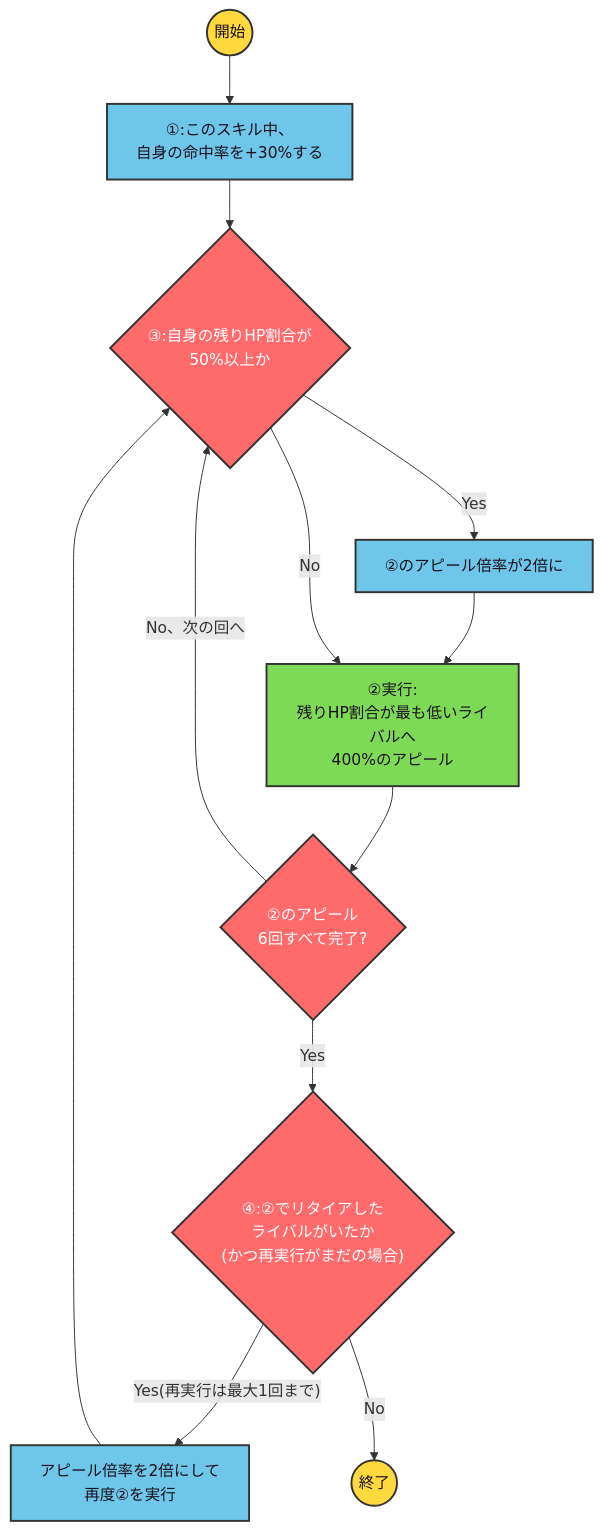
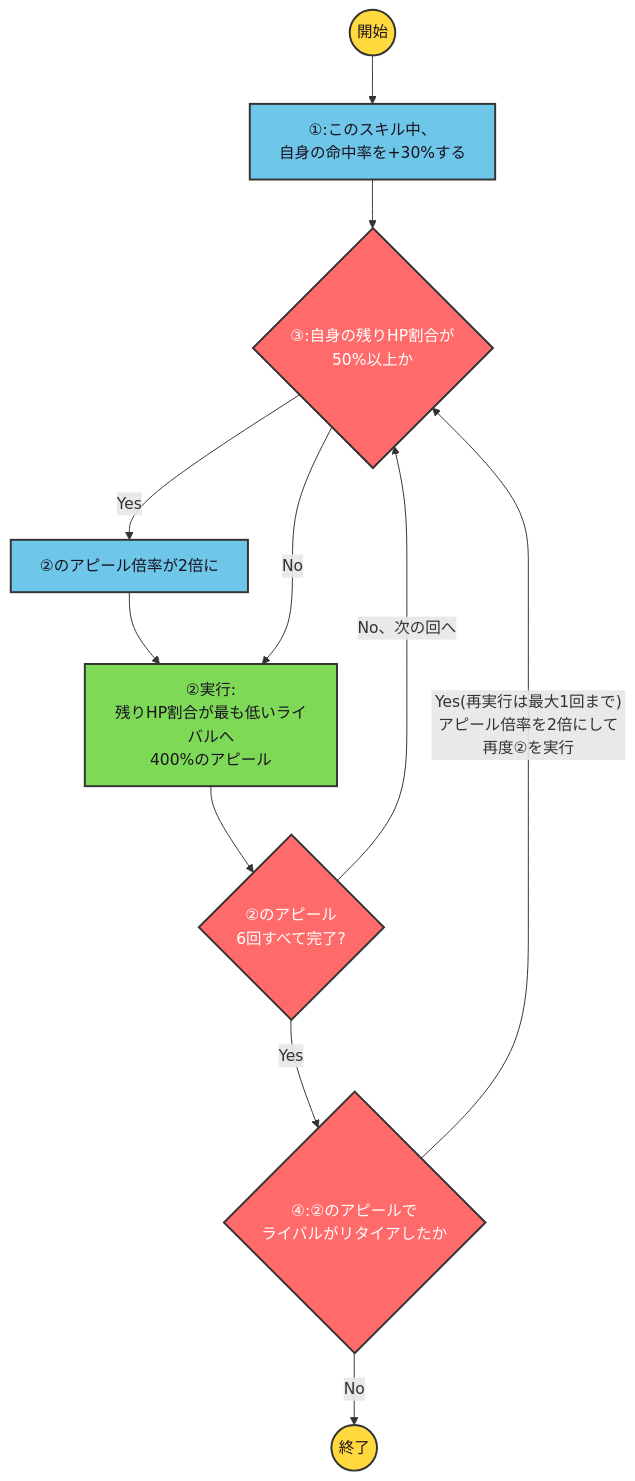
Before and after one commit to ryomochi0918/nogifra-characters: the diagram in data/ioki_mao/jaanegasetsunai_skill2.mmd, drawn with Mermaid. The commit also changed 20 other files, not shown here.

```diff
--- a/data/ioki_mao/jaanegasetsunai_skill2.mmd
+++ b/data/ioki_mao/jaanegasetsunai_skill2.mmd
@@ -1,15 +1,15 @@
 flowchart TD
     classDef startend fill:#FFD93D,stroke:#333,stroke-width:2px,color:#1a1220;
     classDef cond fill:#FF6B6B,stroke:#333,stroke-width:2px,color:#ffffff;
     classDef effect fill:#6EC6E8,stroke:#333,stroke-width:2px,color:#1a1220;
     classDef action fill:#7ED957,stroke:#333,stroke-width:2px,color:#1a1220;
 
     start(("開始")):::startend --> e1["①:このスキル中、<br/>自身の命中率を+30%する"]:::effect
     e1 --> c3{"③:自身の残りHP割合が<br/>50%以上か"}:::cond
     c3 -->|"Yes"| e3["②のアピール倍率が2倍に"]:::effect --> a2
     c3 -->|"No"| a2["②実行:<br/>残りHP割合が最も低いライバルへ<br/>400%のアピール"]:::action
     a2 --> lc{"②のアピール<br/>6回すべて完了?"}:::cond
     lc -->|"No、次の回へ"| c3
-    lc -->|"Yes"| c4{"④:②でリタイアした<br/>ライバルがいたか<br/>(かつ再実行がまだの場合)"}:::cond
-    c4 -->|"Yes(再実行は最大1回まで)"| e4["アピール倍率を2倍にして<br/>再度②を実行"]:::effect --> c3
+    lc -->|"Yes"| c4{"④:②のアピールで<br/>ライバルがリタイアしたか"}:::cond
+    c4 -->|"Yes(再実行は最大1回まで)<br/>アピール倍率を2倍にして再度②を実行"| c3
     c4 -->|"No"| finish(("終了")):::startend
```
